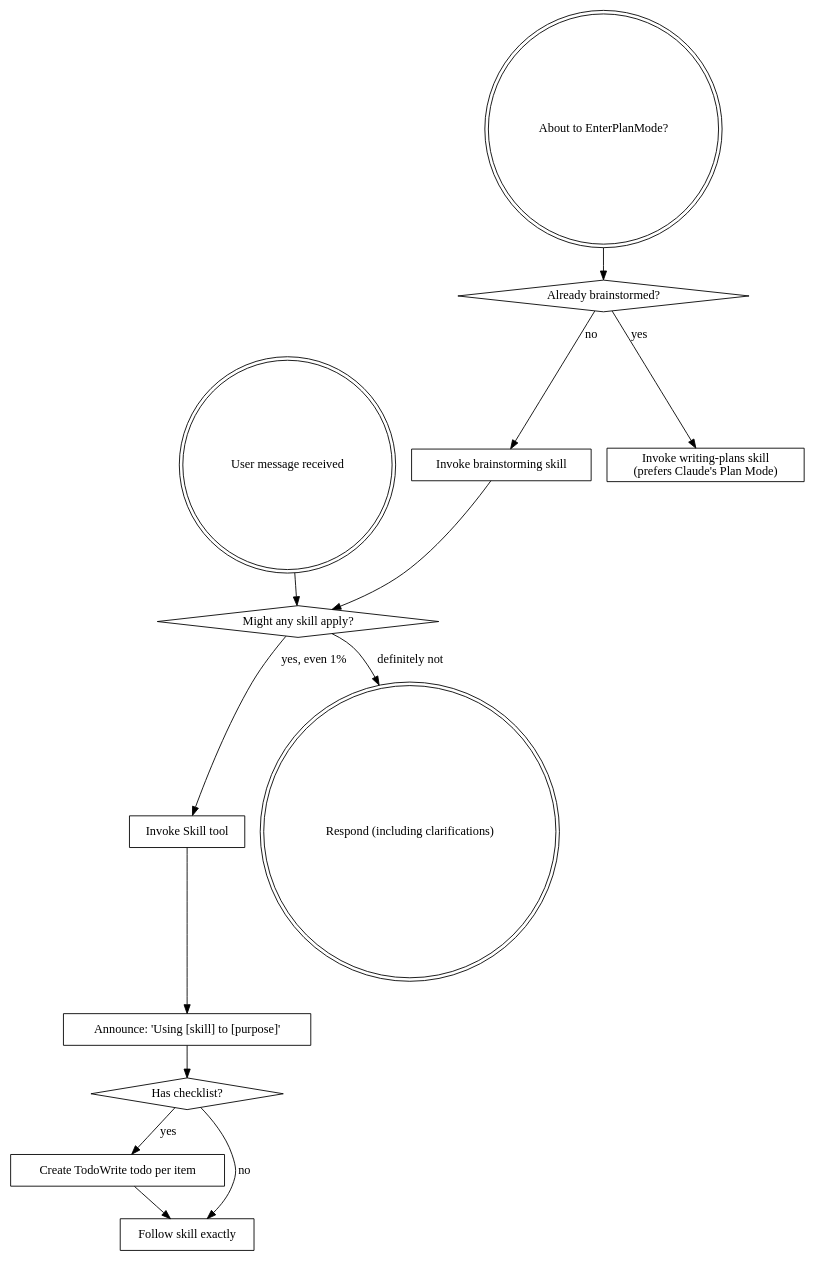
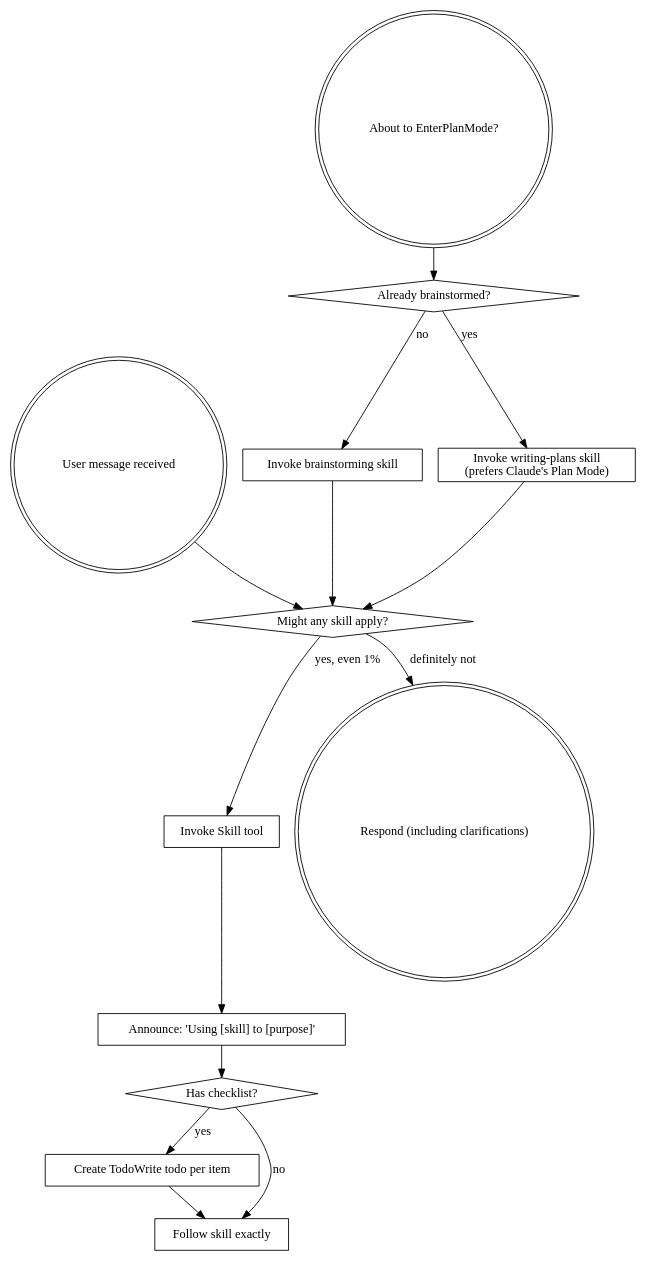
The diagram in skills/using-superpowers/SKILL.md (GoCodeAlone/claude-superpowers), drawn with Graphviz before and after one commit. The commit also changed 1 other file, not shown here.

Commit message:
Address review feedback: fix flow graph dead-end and bullet capitalization

````diff
--- a/skills/using-superpowers/SKILL.md
+++ b/skills/using-superpowers/SKILL.md
@@ -26,30 +26,31 @@
 ```dot
 digraph skill_flow {
     "User message received" [shape=doublecircle];
     "About to EnterPlanMode?" [shape=doublecircle];
     "Already brainstormed?" [shape=diamond];
     "Invoke brainstorming skill" [shape=box];
     "Invoke writing-plans skill\n(prefers Claude's Plan Mode)" [shape=box];
     "Might any skill apply?" [shape=diamond];
     "Invoke Skill tool" [shape=box];
     "Announce: 'Using [skill] to [purpose]'" [shape=box];
     "Has checklist?" [shape=diamond];
     "Create TodoWrite todo per item" [shape=box];
     "Follow skill exactly" [shape=box];
     "Respond (including clarifications)" [shape=doublecircle];
 
     "About to EnterPlanMode?" -> "Already brainstormed?";
     "Already brainstormed?" -> "Invoke brainstorming skill" [label="no"];
     "Already brainstormed?" -> "Invoke writing-plans skill\n(prefers Claude's Plan Mode)" [label="yes"];
     "Invoke brainstorming skill" -> "Might any skill apply?";
+    "Invoke writing-plans skill\n(prefers Claude's Plan Mode)" -> "Might any skill apply?";
 
     "User message received" -> "Might any skill apply?";
     "Might any skill apply?" -> "Invoke Skill tool" [label="yes, even 1%"];
     "Might any skill apply?" -> "Respond (including clarifications)" [label="definitely not"];
     "Invoke Skill tool" -> "Announce: 'Using [skill] to [purpose]'";
     "Announce: 'Using [skill] to [purpose]'" -> "Has checklist?";
     "Has checklist?" -> "Create TodoWrite todo per item" [label="yes"];
     "Has checklist?" -> "Follow skill exactly" [label="no"];
     "Create TodoWrite todo per item" -> "Follow skill exactly";
 }
 ```
````
